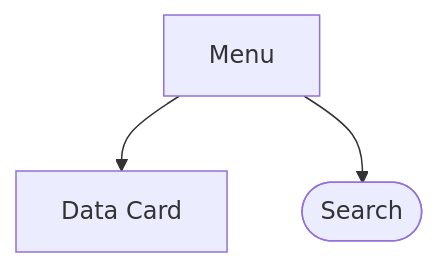
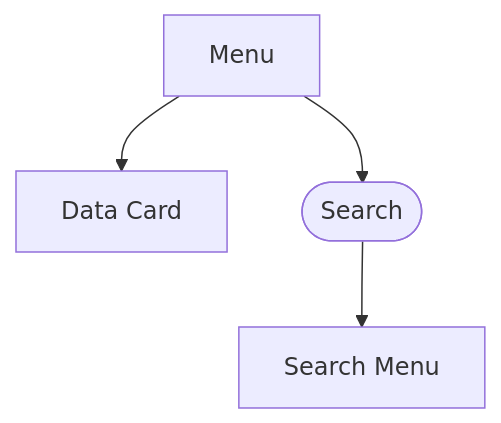
The first of 2 diagrams in rendszerterv.md (Exanim/Uni-Weather-app-project), drawn with Mermaid before and after one commit.

Commit message:
MRearranged mermaid diagram

````diff
--- a/rendszerterv.md
+++ b/rendszerterv.md
@@ -78,5 +78,6 @@
 ```mermaid
 flowchart TD
   Menu --> dataCard[Data Card]
   Menu --> search([Search])
+  search --> searchMenu[Search Menu]
 ```
````
